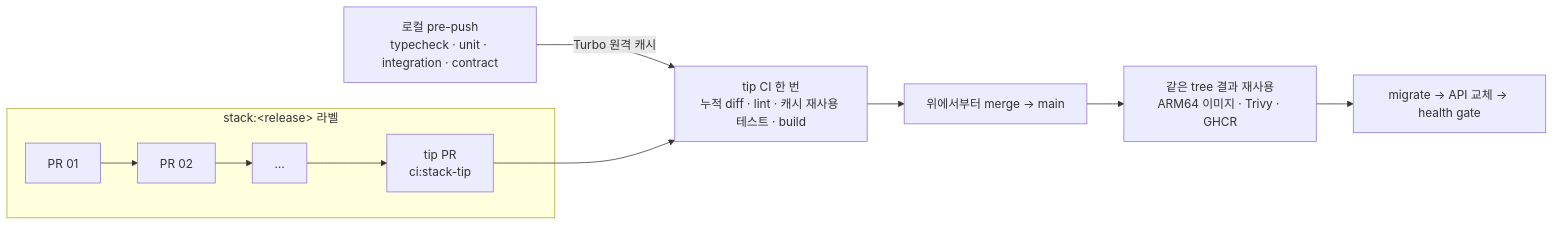
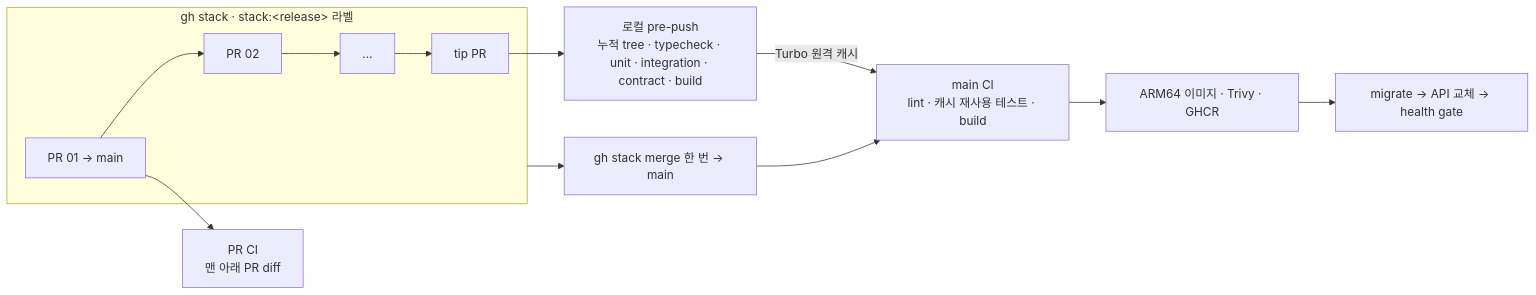
Before and after one commit to Aiddoo/Aido-platform: the sixth of 6 diagrams in README.md, drawn with Mermaid. The commit also changed other lines of this file and 10 other files, not shown here.

First line of the commit message:
ci: main을 향한 PR과 main push에서만 CI를 돌리고 stack 증명 장치를 지운다

````diff
--- a/README.md
+++ b/README.md
@@ -187,11 +187,13 @@
 ```mermaid
 flowchart LR
-  subgraph Stack["stack:&lt;release&gt; 라벨"]
-    P1["PR 01"] --> P2["PR 02"] --> P3["…"] --> Tip["tip PR<br/>ci:stack-tip"]
+  subgraph Stack["gh stack · stack:&lt;release&gt; 라벨"]
+    P1["PR 01 → main"] --> P2["PR 02"] --> P3["…"] --> Tip["tip PR"]
   end
-  Push["로컬 pre-push<br/>typecheck · unit · integration · contract"] -- Turbo 원격 캐시 --> CI
-  Tip --> CI["tip CI 한 번<br/>누적 diff · lint · 캐시 재사용 테스트 · build"]
-  CI --> Merge["위에서부터 merge → main"]
-  Merge --> Image["같은 tree 결과 재사용<br/>ARM64 이미지 · Trivy · GHCR"]
+  P1 --> PRCI["PR CI<br/>맨 아래 PR diff"]
+  Tip --> Push["로컬 pre-push<br/>누적 tree · typecheck · unit · integration · contract · build"]
+  Stack --> Merge["gh stack merge 한 번 → main"]
+  Push -- Turbo 원격 캐시 --> MainCI
+  Merge --> MainCI["main CI<br/>lint · 캐시 재사용 테스트 · build"]
+  MainCI --> Image["ARM64 이미지 · Trivy · GHCR"]
   Image --> Deploy["migrate → API 교체 → health gate"]
 ```
````
